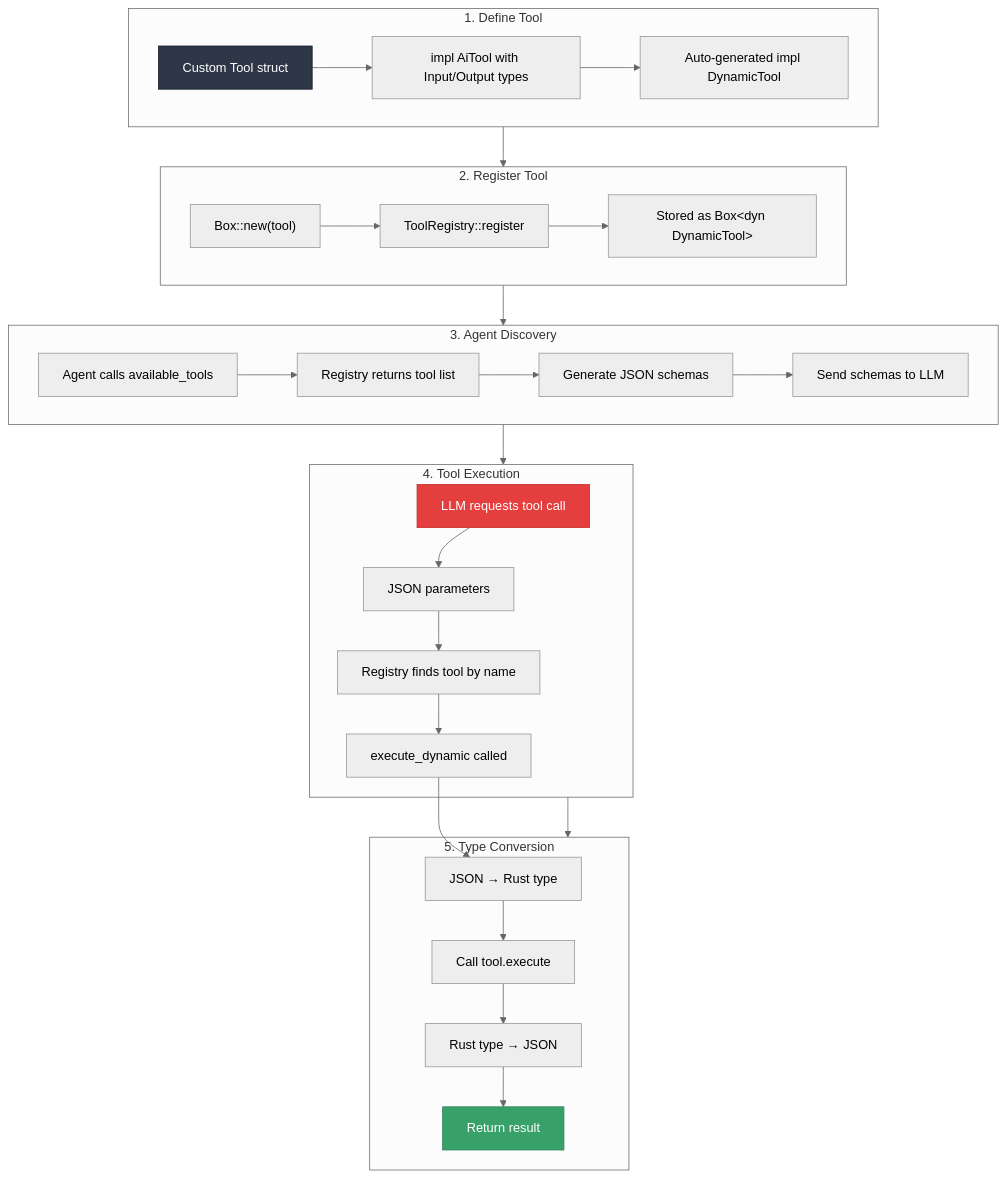
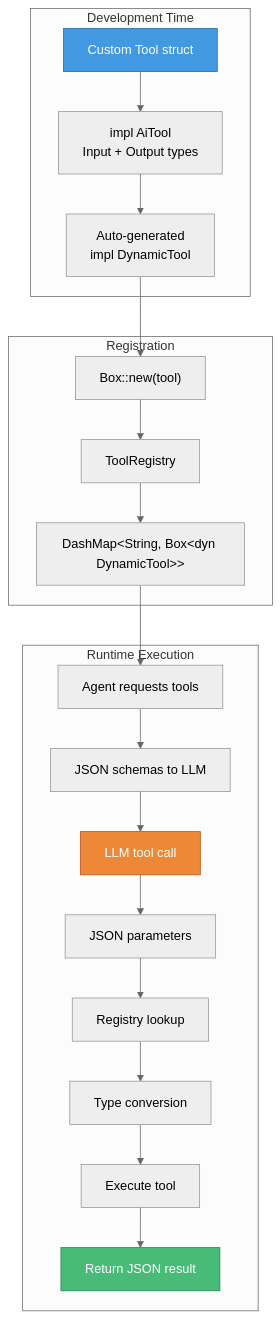
The diagram in docs/tool-system-guide.md (scarnecchia/numina), drawn with Mermaid (neutral theme) before and after one commit. The commit also changed 1 other file, not shown here.

Commit message:
diagram fixes

````diff
--- a/docs/tool-system-guide.md
+++ b/docs/tool-system-guide.md
@@ -56,58 +56,38 @@
 ```mermaid
-flowchart TD
-    subgraph define ["1. Define Tool"]
+flowchart TB
+    subgraph top ["Development Time"]
         A[Custom Tool struct]
-        B[impl AiTool with Input/Output types]
-        C[Auto-generated impl DynamicTool]
+        B[impl AiTool<br/>Input + Output types]
+        C[Auto-generated<br/>impl DynamicTool]
+        
         A --> B
         B --> C
     end
     
-    subgraph register ["2. Register Tool"]
+    subgraph middle ["Registration"]
         D["Box::new(tool)"]
-        E[ToolRegistry::register]
-        F["Stored as Box&lt;dyn DynamicTool&gt;"]
+        E[ToolRegistry]
+        F["DashMap&lt;String, Box&lt;dyn DynamicTool&gt;&gt;"]
+        
+        C --> D
         D --> E
         E --> F
     end
     
-    subgraph discover ["3. Agent Discovery"]
-        G[Agent calls available_tools]
-        H[Registry returns tool list]
-        I[Generate JSON schemas]
-        J[Send schemas to LLM]
-        G --> H
+    subgraph bottom ["Runtime Execution"]
+        G[Agent requests tools] --> H[JSON schemas to LLM]
+        I[LLM tool call] --> J[JSON parameters]
+        K[Registry lookup] --> L[Type conversion]
+        M[Execute tool] --> N[Return JSON result]
+        
         H --> I
-        I --> J
+        J --> K
+        L --> M
     end
     
-    subgraph execute ["4. Tool Execution"]
-        K[LLM requests tool call]
-        L[JSON parameters]
-        M[Registry finds tool by name]
-        N[execute_dynamic called]
-        K --> L
-        L --> M
-        M --> N
-    end
+    F --> G
     
-    subgraph convert ["5. Type Conversion"]
-        O[JSON → Rust type]
-        P[Call tool.execute]
-        Q[Rust type → JSON]
-        R[Return result]
-        N --> O
-        O --> P
-        P --> Q
-        Q --> R
-    end
-    
-    define --> register
-    register --> discover
-    discover --> execute
-    execute --> convert
-    
-    style A fill:#2d3748,stroke:#1a202c,color:#fff
-    style K fill:#e53e3e,stroke:#c53030,color:#fff
-    style R fill:#38a169,stroke:#2f855a,color:#fff
+    style A fill:#4299e1,stroke:#2b6cb0,color:#fff
+    style I fill:#ed8936,stroke:#c05621,color:#fff
+    style N fill:#48bb78,stroke:#2f855a,color:#fff
 ```
````
